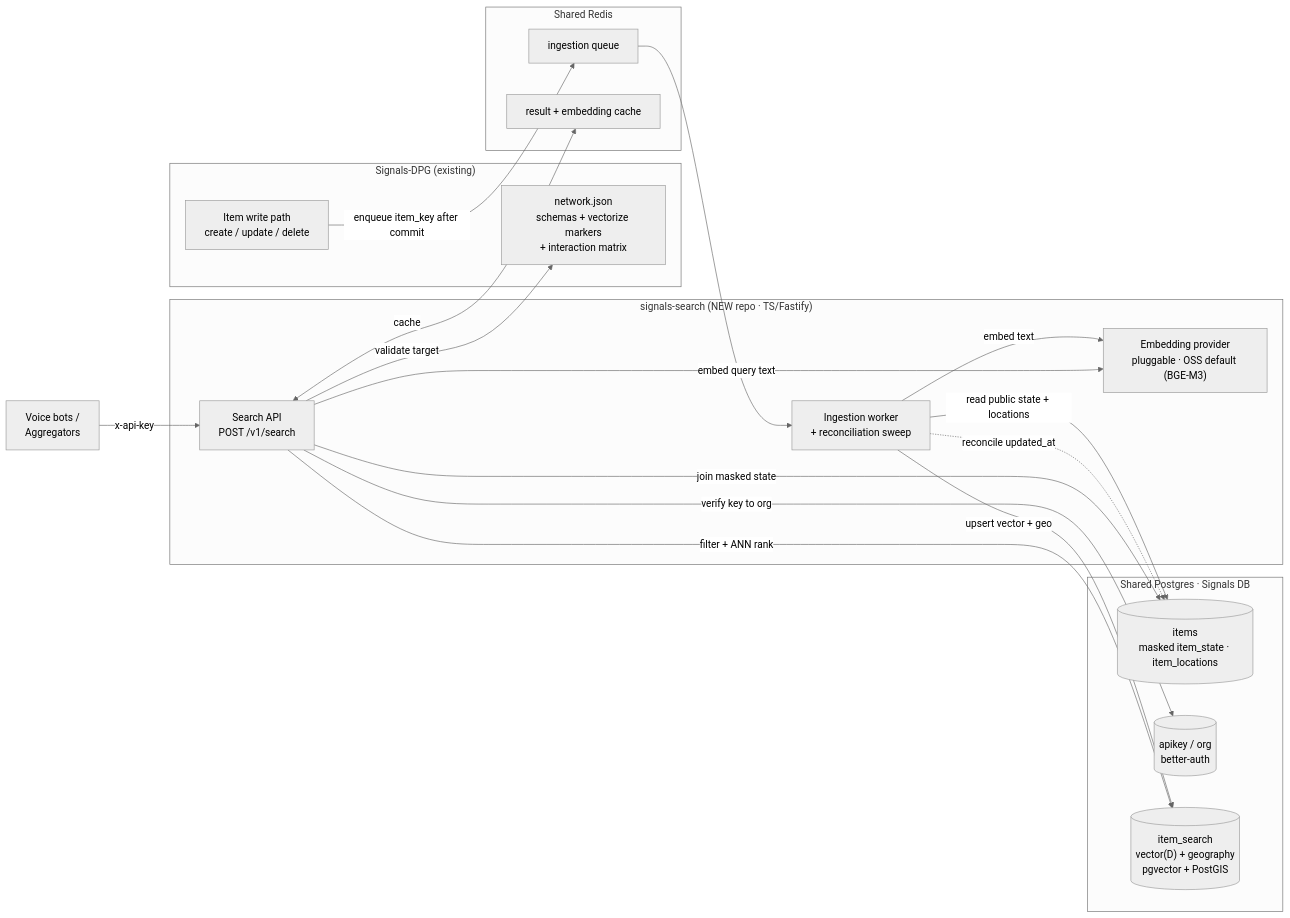
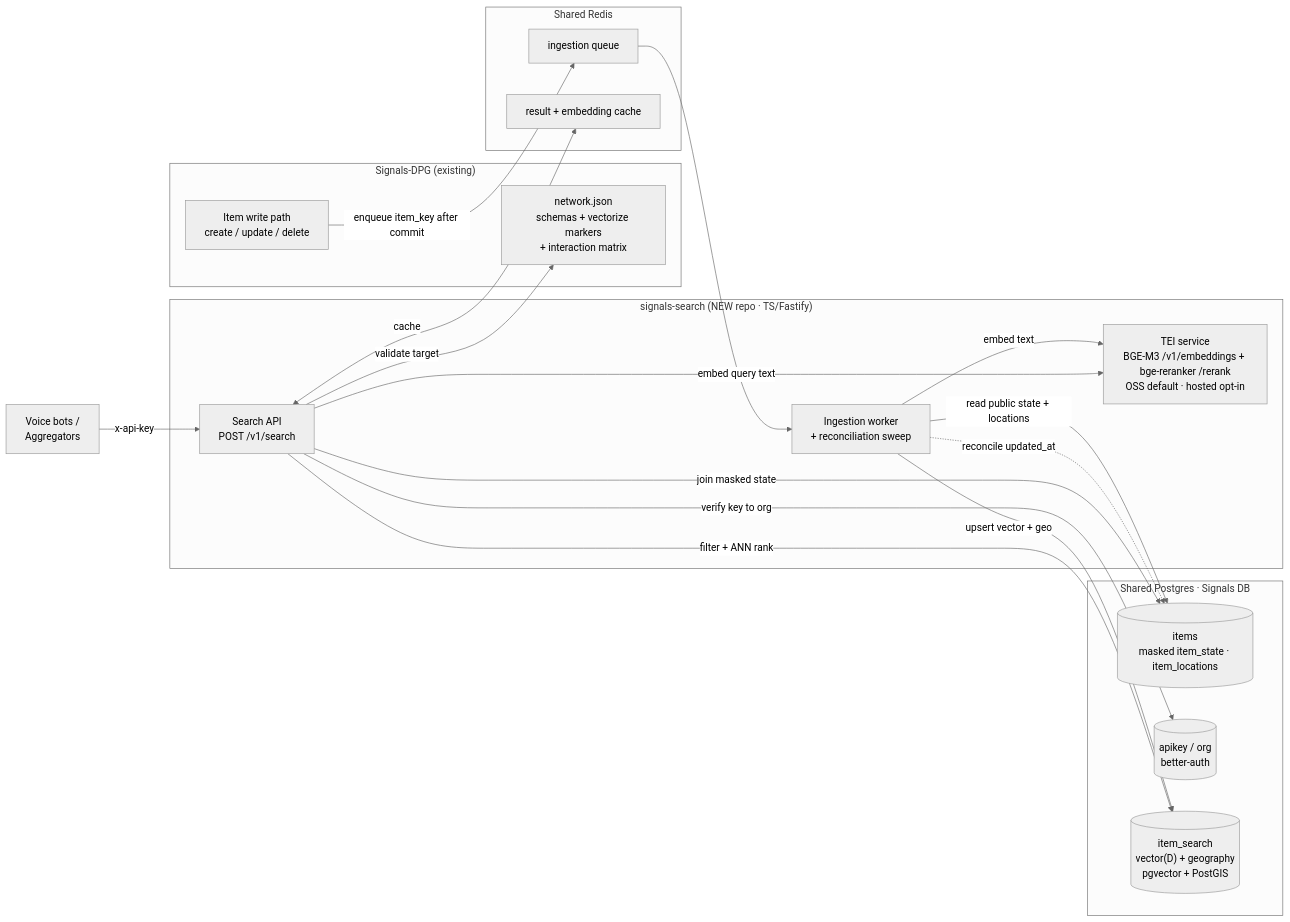
The first of 3 diagrams in docs/2026-06-09-signals-search-engine-architecture.md (Blue-Dots-Economy/signals-search), drawn with Mermaid (neutral theme) before and after one commit. The commit also changed other lines of this file and 2 other files, not shown here.

First line of the commit message:
Add embedding serving (TEI) and two-stage reranking to design

````diff
--- a/docs/2026-06-09-signals-search-engine-architecture.md
+++ b/docs/2026-06-09-signals-search-engine-architecture.md
@@ -18,40 +18,40 @@
 ```mermaid
 flowchart LR
   VB["Voice bots /<br/>Aggregators"]
 
   subgraph SignalsDPG["Signals-DPG (existing)"]
     WP["Item write path<br/>create / update / delete"]
     NJ["network.json<br/>schemas + vectorize markers<br/>+ interaction matrix"]
   end
 
   subgraph SearchSvc["signals-search (NEW repo · TS/Fastify)"]
     API["Search API<br/>POST /v1/search"]
     WRK["Ingestion worker<br/>+ reconciliation sweep"]
-    EMB["Embedding provider<br/>pluggable · OSS default (BGE-M3)"]
+    EMB["TEI service<br/>BGE-M3 /v1/embeddings + bge-reranker /rerank<br/>OSS default · hosted opt-in"]
   end
 
   subgraph Redis["Shared Redis"]
     Q["ingestion queue"]
     CA["result + embedding cache"]
   end
 
   subgraph PG["Shared Postgres · Signals DB"]
     IT[("items<br/>masked item_state · item_locations")]
     AK[("apikey / org<br/>better-auth")]
     IS[("item_search<br/>vector(D) + geography<br/>pgvector + PostGIS")]
   end
 
   VB -->|x-api-key| API
   WP -->|enqueue item_key after commit| Q
   Q --> WRK
   WRK -->|read public state + locations| IT
   WRK -->|embed text| EMB
   WRK -->|upsert vector + geo| IS
   WRK -. reconcile updated_at .-> IT
   API -->|validate target| NJ
   API -->|verify key to org| AK
   API -->|filter + ANN rank| IS
   API -->|join masked state| IT
   API <-->|cache| CA
   API -->|embed query text| EMB
 ```
````
